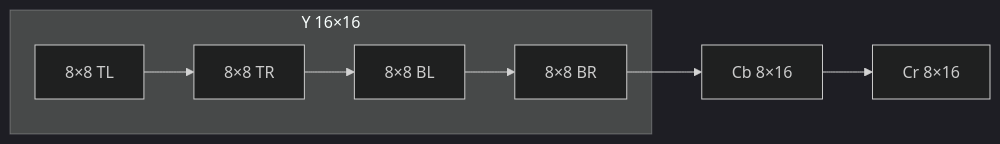
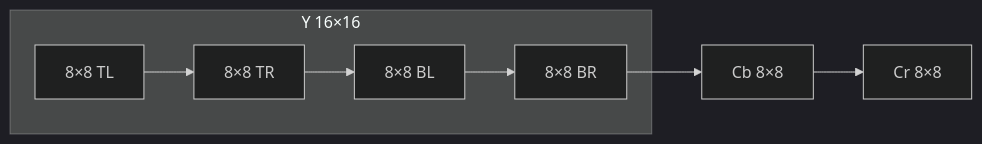
Before and after one commit to Witali/block-palette-compression: the fourth of 7 diagrams in docs/DCTBS2_ALGORITHM_ru.md, drawn with Mermaid (dark theme). The commit also changed other lines of this file and 11 other files, not shown here.

Commit message:
Update DCTBS2 4:2:0 diagrams and documentation

````diff
--- a/docs/DCTBS2_ALGORITHM_ru.md
+++ b/docs/DCTBS2_ALGORITHM_ru.md
@@ -138,7 +141,7 @@
 ```mermaid
 flowchart LR
     subgraph Y["Y 16×16"]
       Y0["8×8 TL"] --> Y1["8×8 TR"] --> Y2["8×8 BL"] --> Y3["8×8 BR"]
     end
-    Y3 --> CB["Cb 8×16"] --> CR["Cr 8×16"]
+    Y3 --> CB["Cb 8×8"] --> CR["Cr 8×8"]
 ```
````
